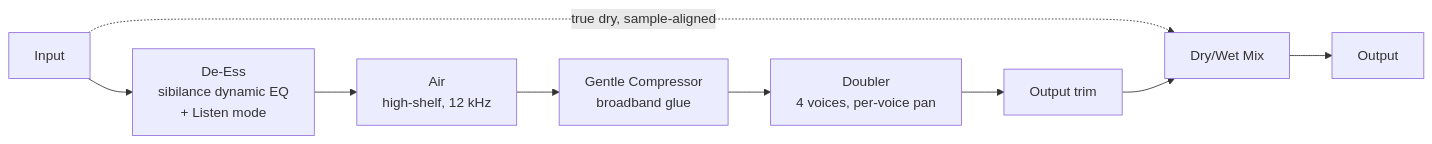
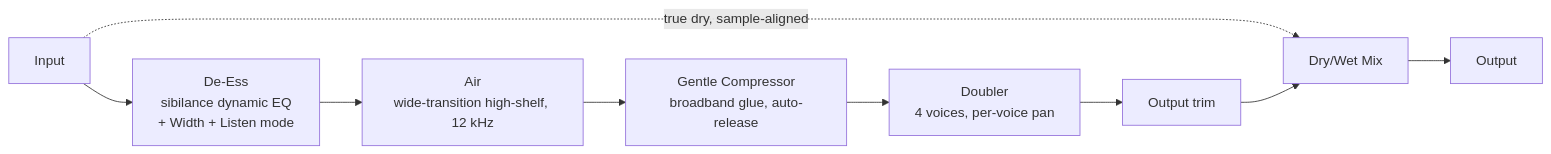
One commit to basilica-audio/Seraph changed the diagram in docs/architecture.md. Above: the diagram before and after it, drawn with Mermaid. The commit also changed other lines of this file and 47 other files, not shown here.

````diff
--- a/docs/architecture.md
+++ b/docs/architecture.md
@@ -5,11 +5,11 @@
 ```mermaid
 flowchart LR
-    IN[Input] --> DEESS[De-Ess<br/>sibilance dynamic EQ<br/>+ Listen mode]
-    DEESS --> AIR[Air<br/>high-shelf, 12 kHz]
-    AIR --> COMP[Gentle Compressor<br/>broadband glue]
+    IN[Input] --> DEESS[De-Ess<br/>sibilance dynamic EQ<br/>+ Width + Listen mode]
+    DEESS --> AIR[Air<br/>wide-transition high-shelf, 12 kHz]
+    AIR --> COMP[Gentle Compressor<br/>broadband glue, auto-release]
     COMP --> DOUBLE[Doubler<br/>4 voices, per-voice pan]
     DOUBLE --> OUT_GAIN[Output trim]
     IN -.->|true dry, sample-aligned| MIX[Dry/Wet Mix]
     OUT_GAIN --> MIX
     MIX --> OUT[Output]
 ```
````
